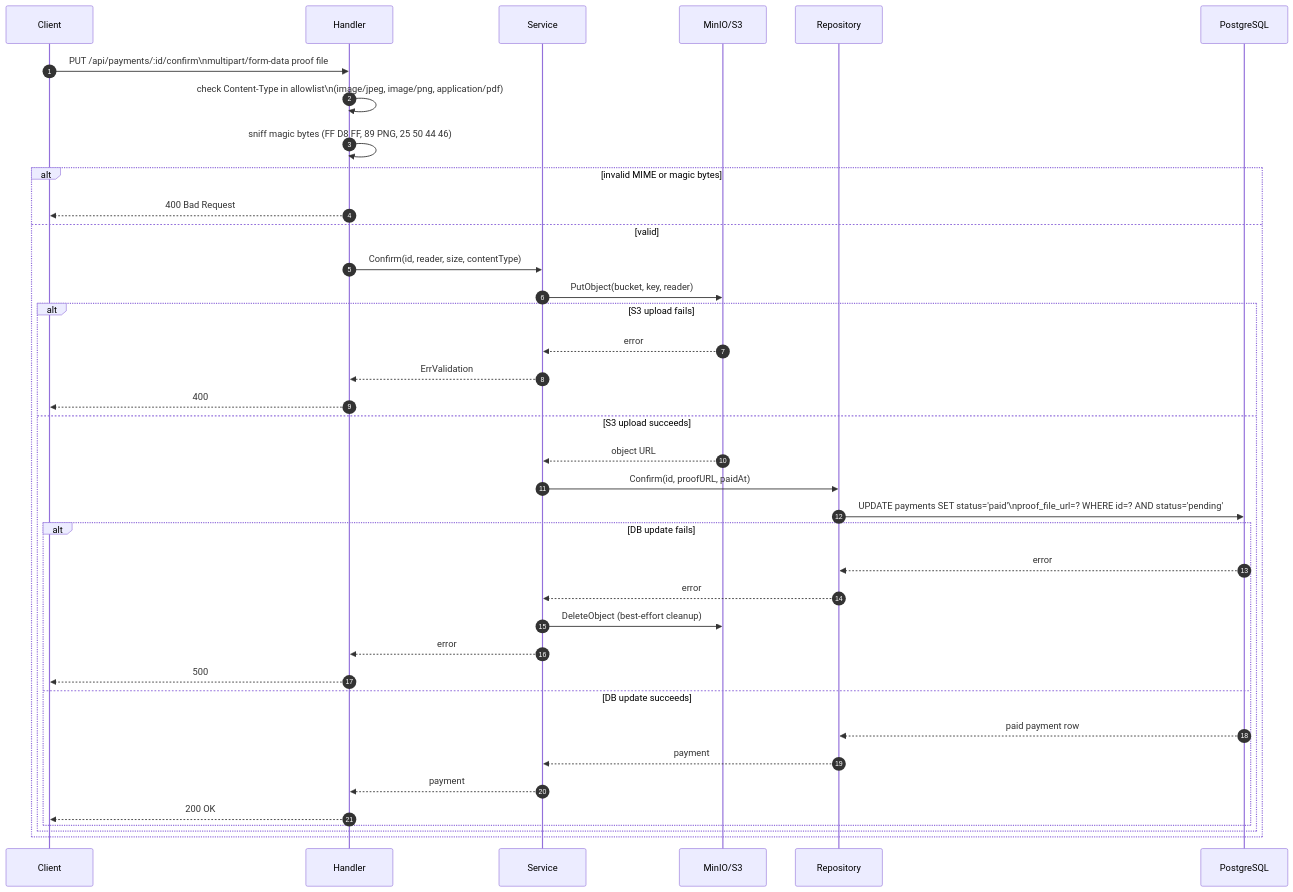
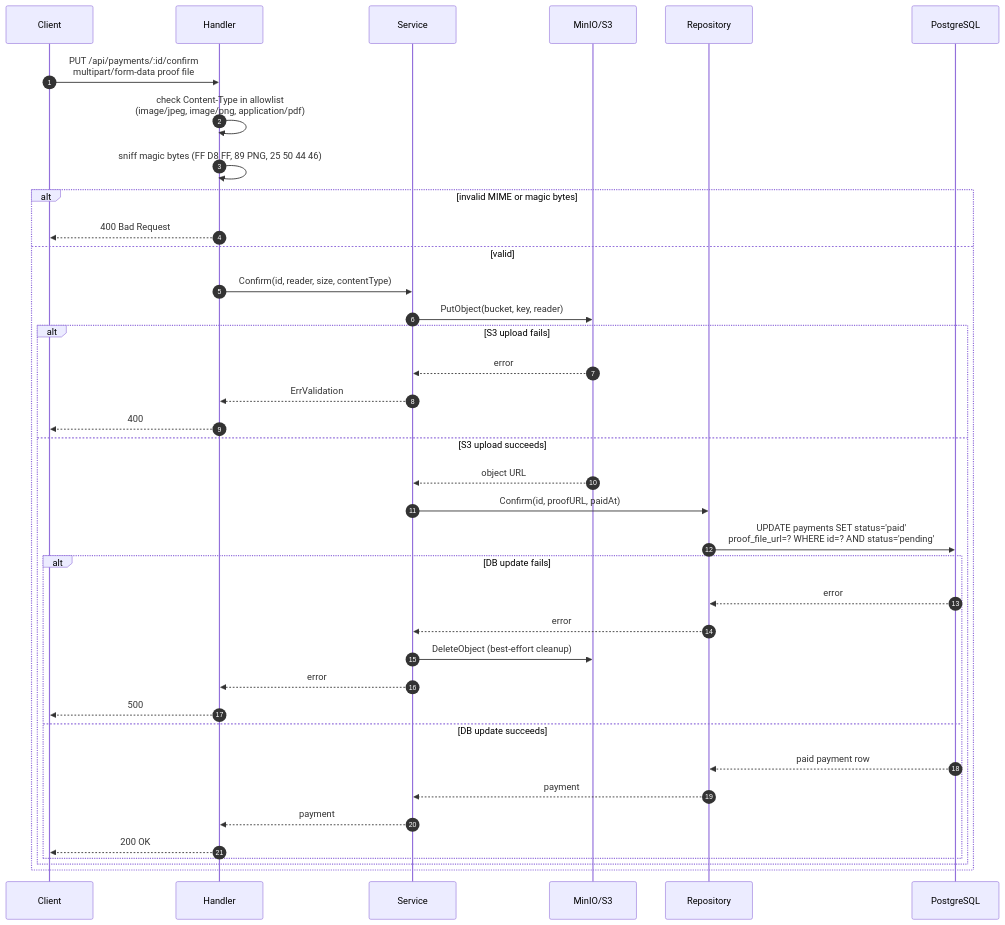
One commit to fairyhunter13/community-waste-collection-system changed the fifth of 6 diagrams in docs/business-processes.md. Above: the diagram before and after it, drawn with Mermaid. The commit also changed other lines of this file and 4 other files, not shown here.

First line of the commit message:
fix(docs): repair mermaid diagrams for GitHub compatibility

````diff
--- a/docs/business-processes.md
+++ b/docs/business-processes.md
@@ -113,41 +113,41 @@
 ```mermaid
 sequenceDiagram
     autonumber
     participant C as Client
     participant H as Handler
     participant S as Service
     participant M as MinIO/S3
     participant R as Repository
     participant DB as PostgreSQL
 
-    C->>H: PUT /api/payments/:id/confirm\nmultipart/form-data proof file
-    H->>H: check Content-Type in allowlist\n(image/jpeg, image/png, application/pdf)
+    C->>H: PUT /api/payments/:id/confirm<br/>multipart/form-data proof file
+    H->>H: check Content-Type in allowlist<br/>(image/jpeg, image/png, application/pdf)
     H->>H: sniff magic bytes (FF D8 FF, 89 PNG, 25 50 44 46)
     alt invalid MIME or magic bytes
         H-->>C: 400 Bad Request
     else valid
         H->>S: Confirm(id, reader, size, contentType)
         S->>M: PutObject(bucket, key, reader)
         alt S3 upload fails
             M-->>S: error
             S-->>H: ErrValidation
             H-->>C: 400
         else S3 upload succeeds
             M-->>S: object URL
             S->>R: Confirm(id, proofURL, paidAt)
-            R->>DB: UPDATE payments SET status='paid'\nproof_file_url=? WHERE id=? AND status='pending'
+            R->>DB: UPDATE payments SET status='paid'<br/>proof_file_url=? WHERE id=? AND status='pending'
             alt DB update fails
                 DB-->>R: error
                 R-->>S: error
                 S->>M: DeleteObject (best-effort cleanup)
                 S-->>H: error
                 H-->>C: 500
             else DB update succeeds
                 DB-->>R: paid payment row
                 R-->>S: payment
                 S-->>H: payment
                 H-->>C: 200 OK
             end
         end
     end
 ```
````
